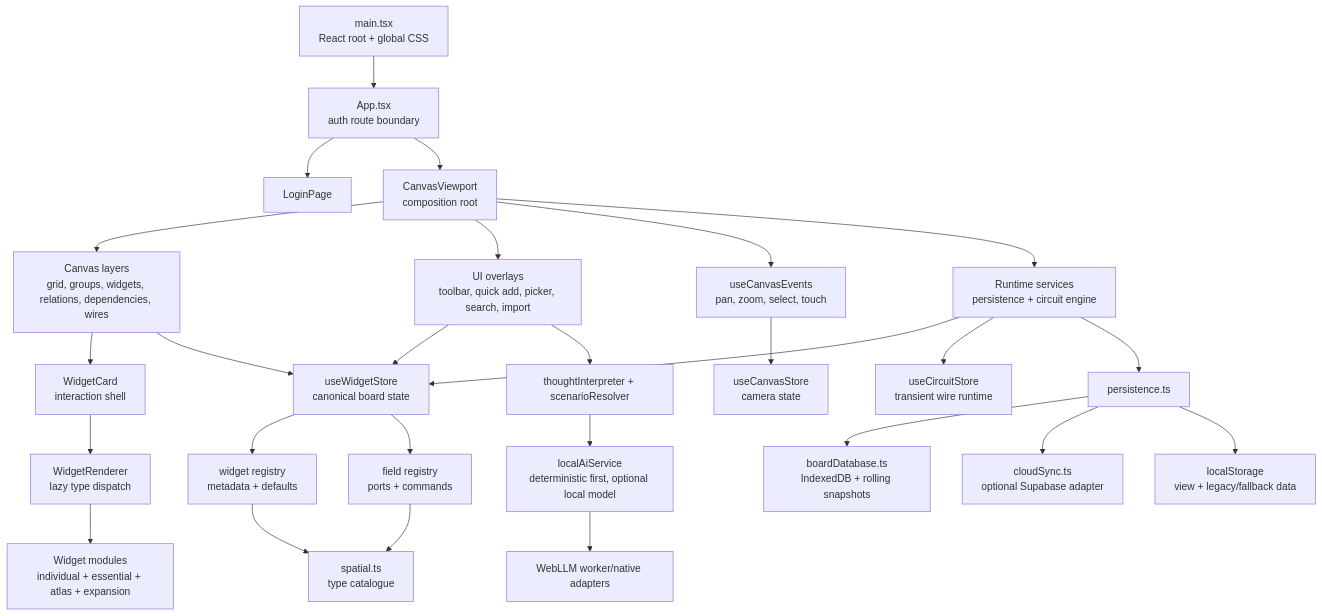
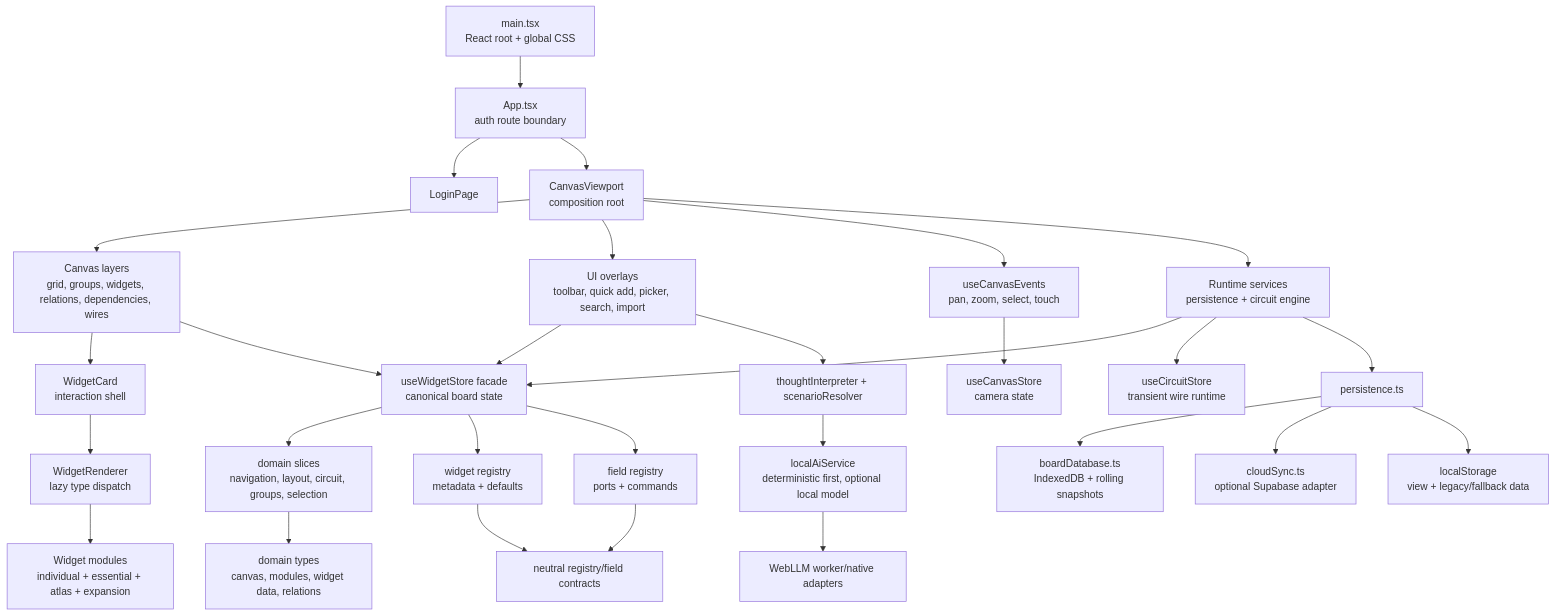
One commit to thenoodleheaded/grovepad changed the first of 3 diagrams in docs/architecture-map.md. Above: the diagram before and after it, drawn with Mermaid. The commit also changed other lines of this file and 62 other files, not shown here.

````diff
--- a/docs/architecture-map.md
+++ b/docs/architecture-map.md
@@ -43,35 +39,37 @@
 ```mermaid
 flowchart TD
   Main["main.tsx\nReact root + global CSS"] --> App["App.tsx\nauth route boundary"]
   App --> Login["LoginPage"]
   App --> Canvas["CanvasViewport\ncomposition root"]
 
   Canvas --> Layers["Canvas layers\ngrid, groups, widgets, relations, dependencies, wires"]
   Canvas --> UI["UI overlays\ntoolbar, quick add, picker, search, import"]
   Canvas --> Events["useCanvasEvents\npan, zoom, select, touch"]
   Canvas --> Runtime["Runtime services\npersistence + circuit engine"]
 
   Layers --> WidgetCard["WidgetCard\ninteraction shell"]
   WidgetCard --> Renderer["WidgetRenderer\nlazy type dispatch"]
   Renderer --> Modules["Widget modules\nindividual + essential + atlas + expansion"]
 
-  UI --> WidgetStore["useWidgetStore\ncanonical board state"]
+  UI --> WidgetStore["useWidgetStore facade\ncanonical board state"]
   Layers --> WidgetStore
   Events --> CanvasStore["useCanvasStore\ncamera state"]
   Runtime --> WidgetStore
   Runtime --> CircuitStore["useCircuitStore\ntransient wire runtime"]
 
+  WidgetStore --> Slices["domain slices\nnavigation, layout, circuit, groups, selection"]
   WidgetStore --> Registry["widget registry\nmetadata + defaults"]
   WidgetStore --> Fields["field registry\nports + commands"]
-  Registry --> Spatial["spatial.ts\ntype catalogue"]
-  Fields --> Spatial
+  Registry --> Contracts["neutral registry/field contracts"]
+  Fields --> Contracts
+  Slices --> Types["domain types\ncanvas, modules, widget data, relations"]
 
   Runtime --> Persistence["persistence.ts"]
   Persistence --> IndexedDB["boardDatabase.ts\nIndexedDB + rolling snapshots"]
   Persistence --> Cloud["cloudSync.ts\noptional Supabase adapter"]
   Persistence --> LocalStorage["localStorage\nview + legacy/fallback data"]
 
   UI --> Thought["thoughtInterpreter + scenarioResolver"]
   Thought --> LocalAI["localAiService\ndeterministic first, optional local model"]
   LocalAI --> WebLLM["WebLLM worker/native adapters"]
 ```
````
